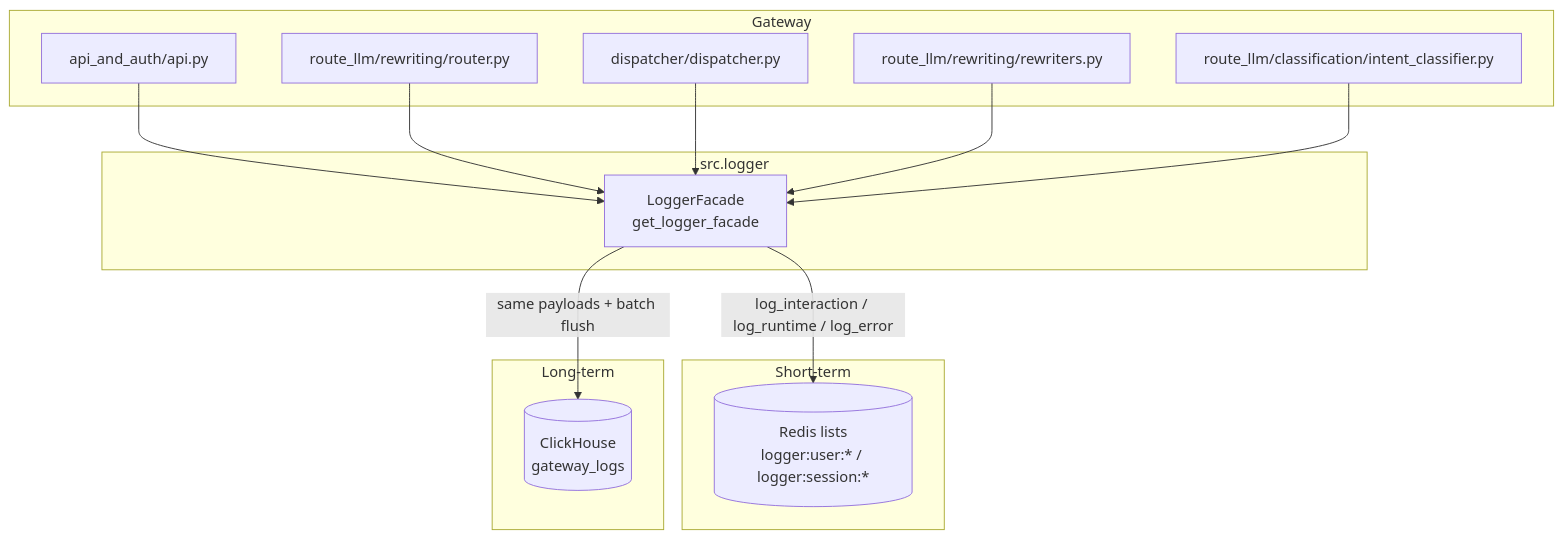
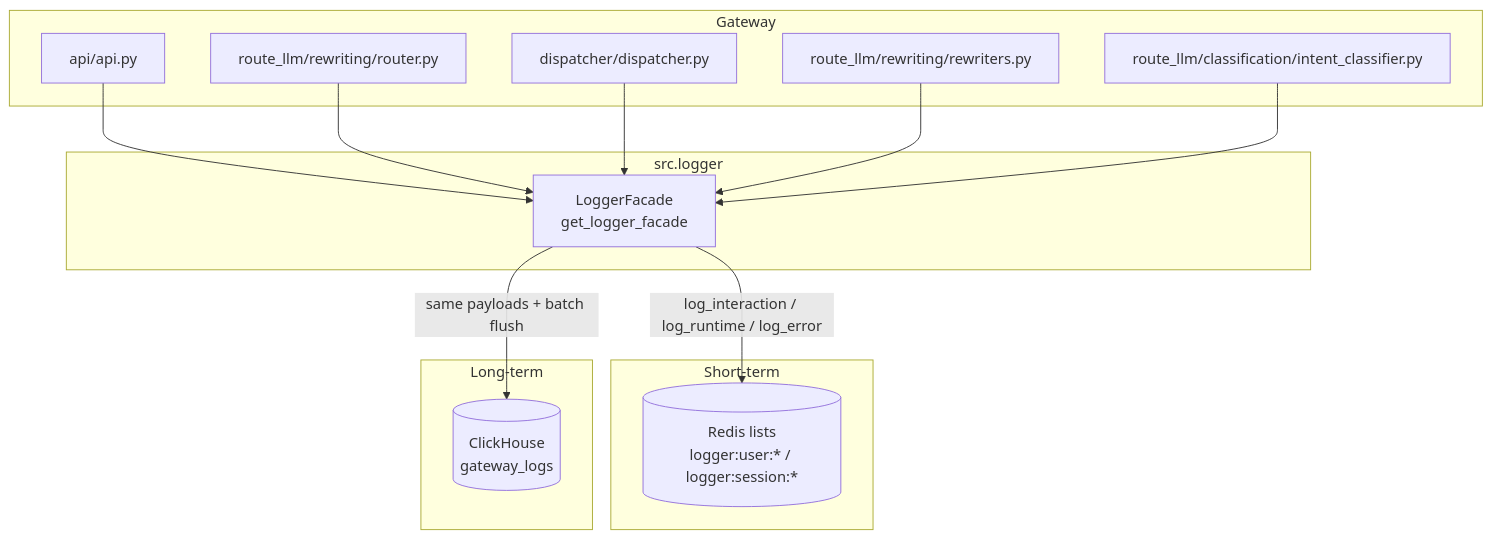
One commit to lenhop/IC-RAG-Agent changed the sixth of 9 diagrams in docs/FRAMEWORK.md. Above: the diagram before and after it, drawn with Mermaid. The commit also changed other lines of this file and 12 other files, not shown here.

````diff
--- a/docs/FRAMEWORK.md
+++ b/docs/FRAMEWORK.md
@@ -532,26 +532,26 @@
 ```mermaid
 flowchart TB
     subgraph GW["Gateway"]
-        API[api_and_auth/api.py]
+        API[api/api.py]
         RTR[route_llm/rewriting/router.py]
         DSP[dispatcher/dispatcher.py]
         RW[route_llm/rewriting/rewriters.py]
         IC[route_llm/classification/intent_classifier.py]
     end
     subgraph Facade["src.logger"]
         LF[LoggerFacade<br/>get_logger_facade]
     end
     subgraph Short["Short-term"]
         RD[(Redis lists<br/>logger:user:* / logger:session:*)]
     end
     subgraph Long["Long-term"]
         CH[(ClickHouse<br/>gateway_logs)]
     end
     API --> LF
     RTR --> LF
     DSP --> LF
     RW --> LF
     IC --> LF
     LF -->|log_interaction / log_runtime / log_error| RD
     LF -->|same payloads + batch flush| CH
 ```
````
